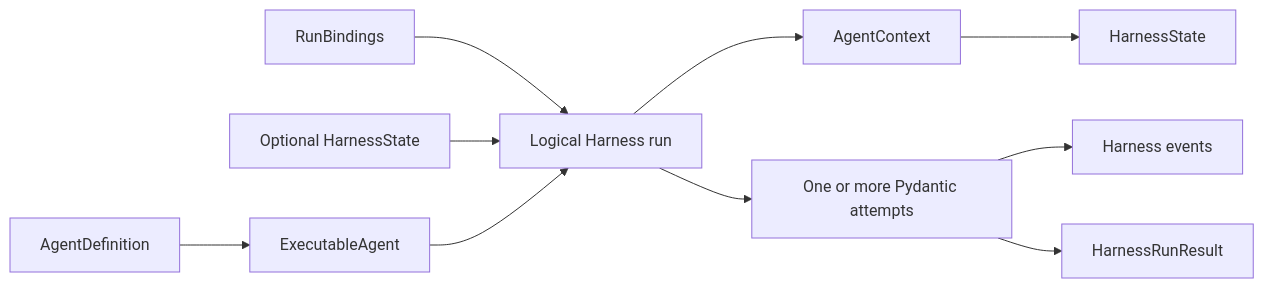
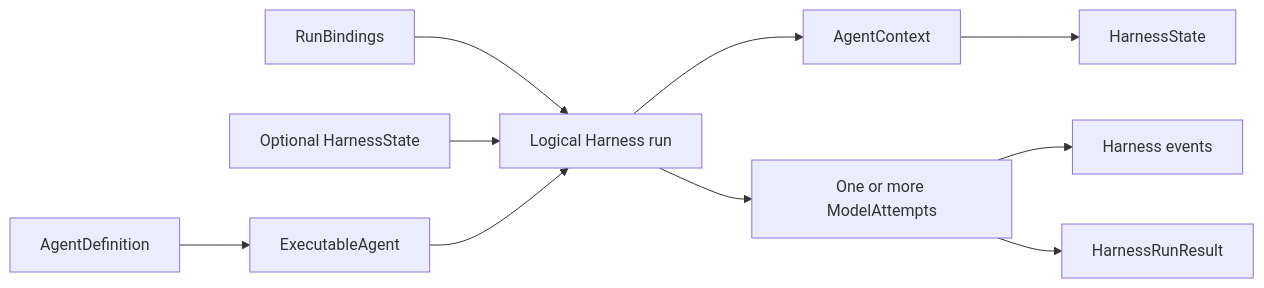
One commit to LTThreeComma/agent-foundation changed the diagram in spec/agent-harness/02-domain-model.md. Above: the diagram before and after it, drawn with Mermaid. The commit also changed other lines of this file and 92 other files, not shown here.

````diff
--- a/spec/agent-harness/02-domain-model.md
+++ b/spec/agent-harness/02-domain-model.md
@@ -7,12 +7,12 @@
 ```mermaid
 flowchart LR
     Definition[AgentDefinition] --> Executable[ExecutableAgent]
     Bindings[RunBindings] --> Run[Logical Harness run]
     Previous[Optional HarnessState] --> Run
     Executable --> Run
     Run --> Context[AgentContext]
-    Run --> Attempts[One or more Pydantic attempts]
+    Run --> Attempts[One or more ModelAttempts]
     Attempts --> Events[Harness events]
     Attempts --> Result[HarnessRunResult]
     Context --> State[HarnessState]
 ```
````
